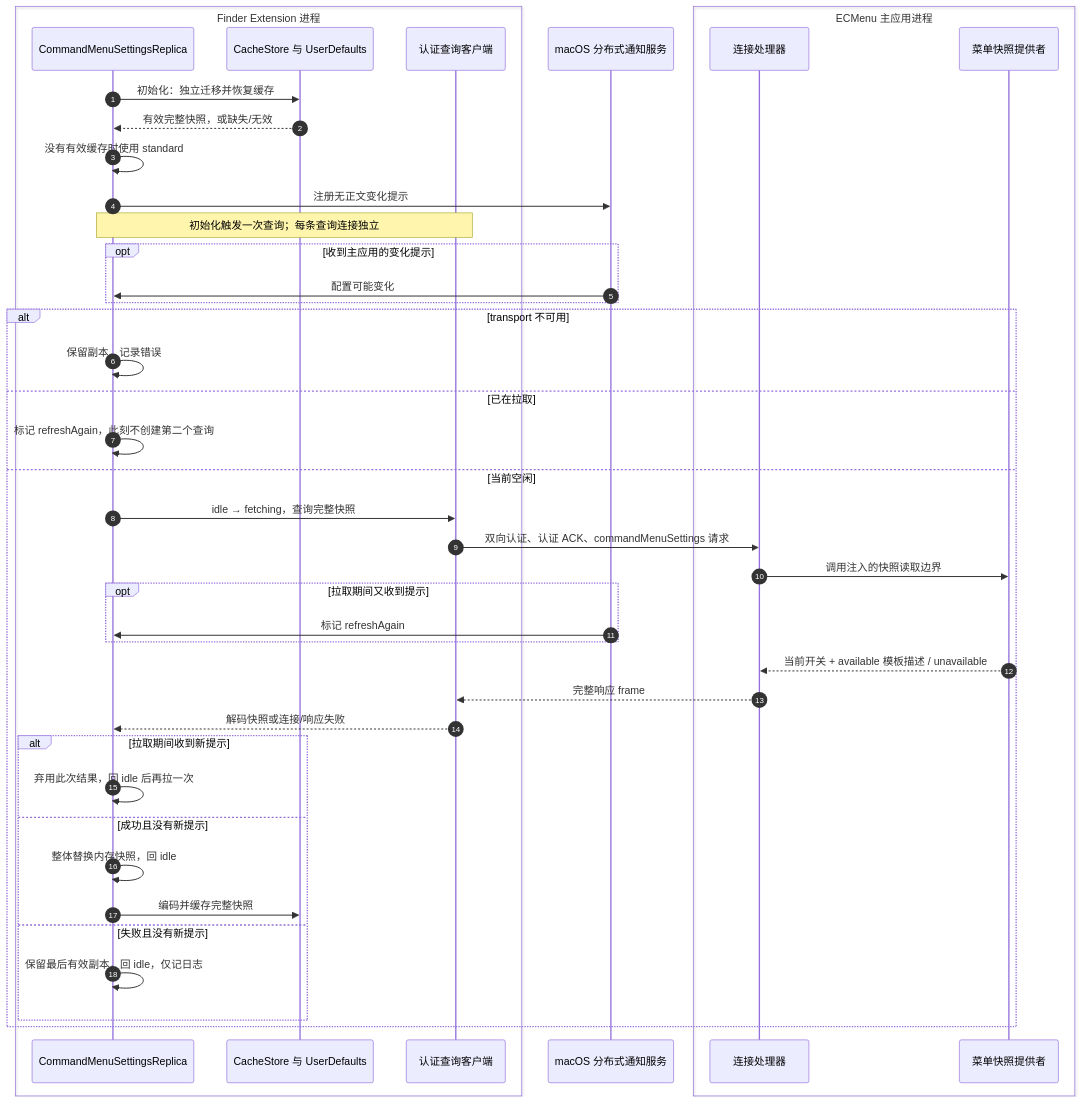
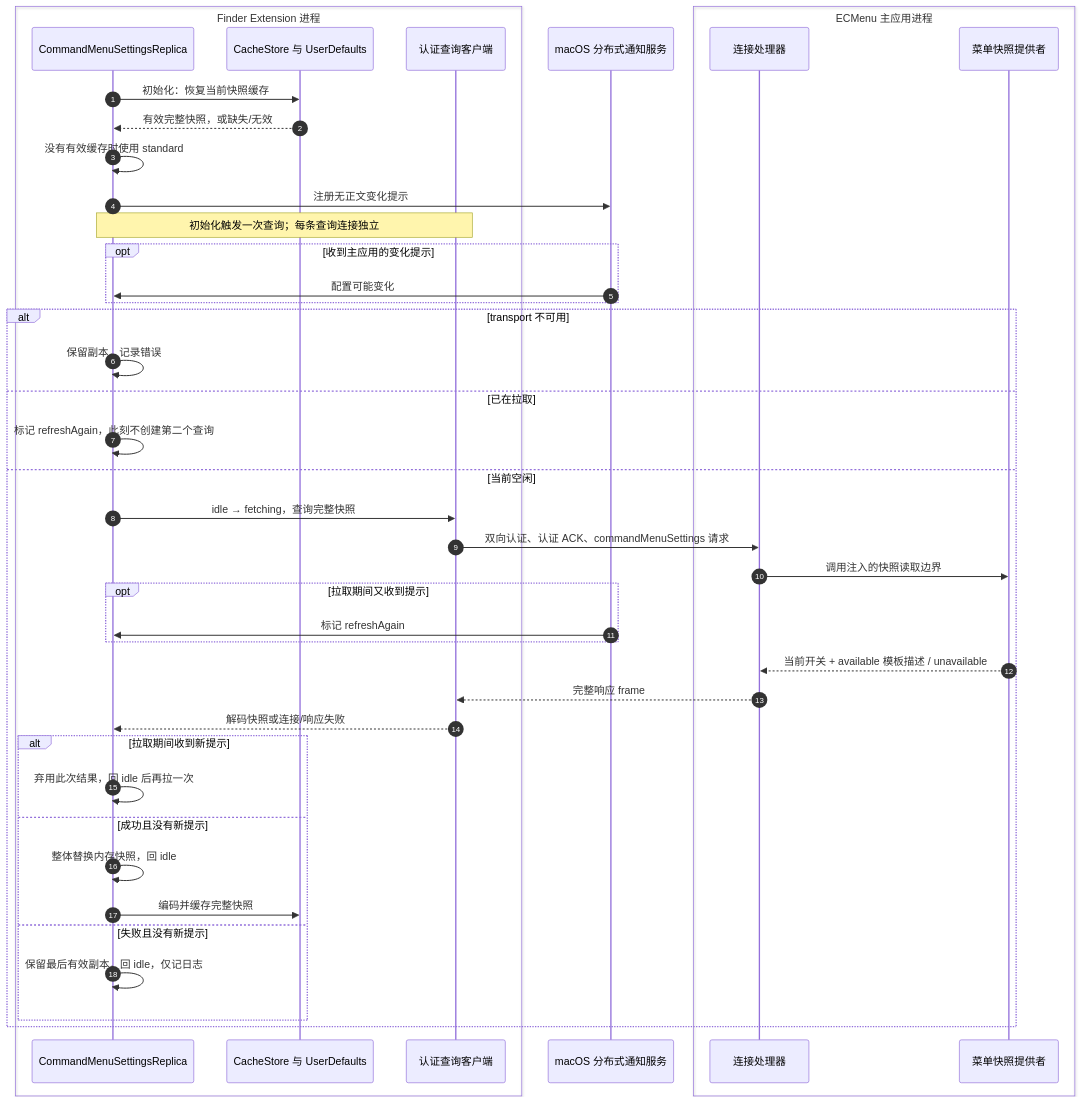
Before and after one commit to tlb-22/mac-tool-ecmenu: the fourth of 4 diagrams in spec/Technical/Runtime/MenuExecution.md, drawn with Mermaid. The commit also changed other lines of this file and 21 other files, not shown here.

````diff
--- a/spec/Technical/Runtime/MenuExecution.md
+++ b/spec/Technical/Runtime/MenuExecution.md
@@ -154,45 +154,45 @@
 ```mermaid
 sequenceDiagram
     autonumber
     box Finder Extension 进程
         participant P as CommandMenuSettingsReplica
         participant D as CacheStore 与 UserDefaults
         participant T as 认证查询客户端
     end
     participant N as macOS 分布式通知服务
     box ECMenu 主应用进程
         participant S as 连接处理器
         participant A as 菜单快照提供者
     end
-    P->>D: 初始化：独立迁移并恢复缓存
+    P->>D: 初始化：恢复当前快照缓存
     D-->>P: 有效完整快照，或缺失/无效
     P->>P: 没有有效缓存时使用 standard
     P->>N: 注册无正文变化提示
     Note over P,T: 初始化触发一次查询；每条查询连接独立
     opt 收到主应用的变化提示
         N->>P: 配置可能变化
     end
     alt transport 不可用
         P->>P: 保留副本，记录错误
     else 已在拉取
         P->>P: 标记 refreshAgain，此刻不创建第二个查询
     else 当前空闲
         P->>T: idle → fetching，查询完整快照
         T->>S: 双向认证、认证 ACK、commandMenuSettings 请求
         S->>A: 调用注入的快照读取边界
         opt 拉取期间又收到提示
             N->>P: 标记 refreshAgain
         end
         A-->>S: 当前开关 + available 模板描述 / unavailable
         S-->>T: 完整响应 frame
         T-->>P: 解码快照或连接/响应失败
         alt 拉取期间收到新提示
             P->>P: 弃用此次结果，回 idle 后再拉一次
         else 成功且没有新提示
             P->>P: 整体替换内存快照，回 idle
             P->>D: 编码并缓存完整快照
         else 失败且没有新提示
             P->>P: 保留最后有效副本，回 idle，仅记日志
         end
     end
 ```
````
